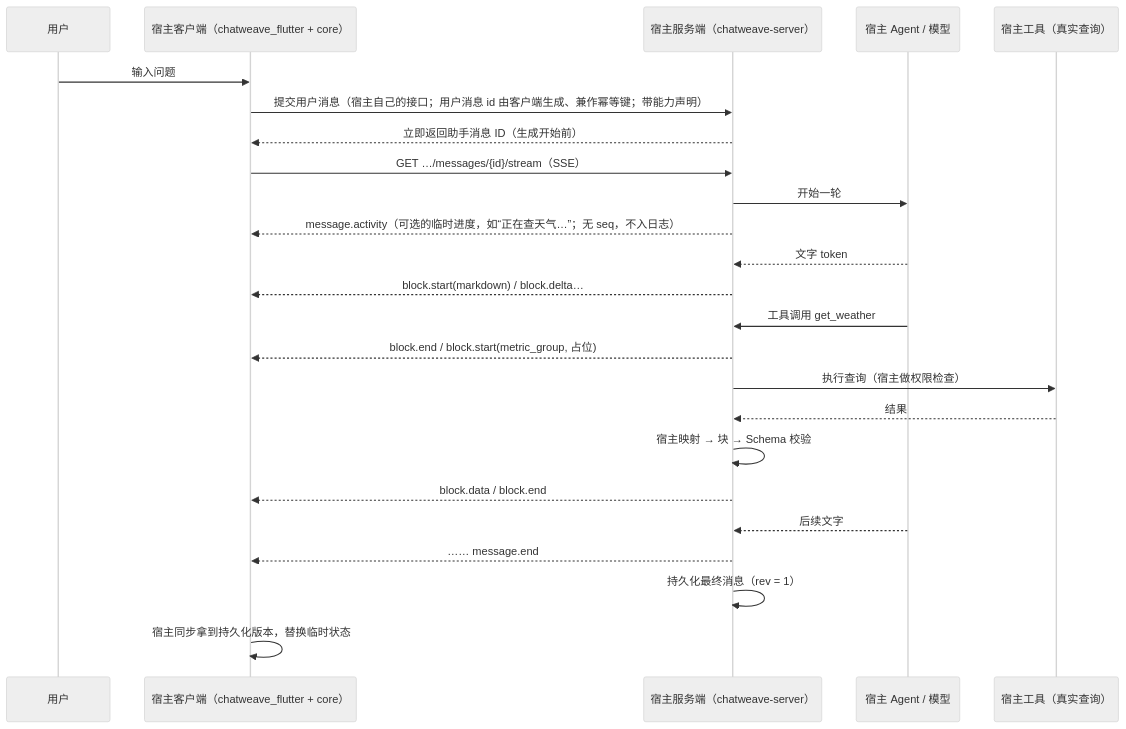
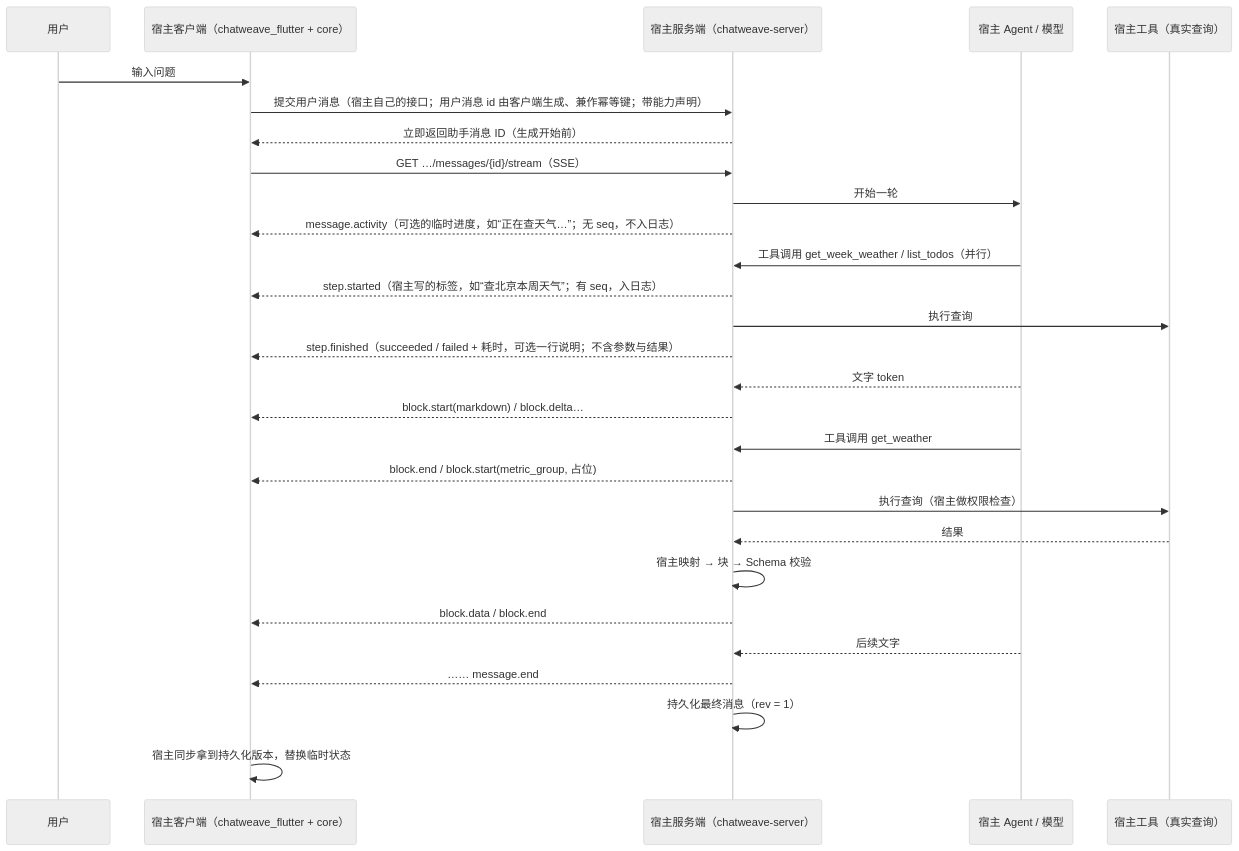
Before and after one commit to zz-howard/chatweave: the second of 3 diagrams in docs/architecture.md, drawn with Mermaid (neutral theme). The commit also changed other lines of this file and 11 other files, not shown here.

````diff
--- a/docs/architecture.md
+++ b/docs/architecture.md
@@ -190,26 +190,30 @@
 ```mermaid
 sequenceDiagram
   participant U as 用户
   participant App as 宿主客户端（chatweave_flutter + core）
   participant API as 宿主服务端（chatweave-server）
   participant Agent as 宿主 Agent / 模型
   participant Tool as 宿主工具（真实查询）
   U->>App: 输入问题
   App->>API: 提交用户消息（宿主自己的接口；用户消息 id 由客户端生成、兼作幂等键；带能力声明）
   API-->>App: 立即返回助手消息 ID（生成开始前）
   App->>API: GET …/messages/{id}/stream（SSE）
   API->>Agent: 开始一轮
   API-->>App: message.activity（可选的临时进度，如“正在查天气…”；无 seq，不入日志）
+  Agent->>API: 工具调用 get_week_weather / list_todos（并行）
+  API-->>App: step.started（宿主写的标签，如“查北京本周天气”；有 seq，入日志）
+  API->>Tool: 执行查询
+  API-->>App: step.finished（succeeded / failed + 耗时，可选一行说明；不含参数与结果）
   Agent-->>API: 文字 token
   API-->>App: block.start(markdown) / block.delta…
   Agent->>API: 工具调用 get_weather
   API-->>App: block.end / block.start(metric_group, 占位)
   API->>Tool: 执行查询（宿主做权限检查）
   Tool-->>API: 结果
   API->>API: 宿主映射 → 块 → Schema 校验
   API-->>App: block.data / block.end
   Agent-->>API: 后续文字
   API-->>App: …… message.end
   API->>API: 持久化最终消息（rev = 1）
   App->>App: 宿主同步拿到持久化版本，替换临时状态
 ```
````
